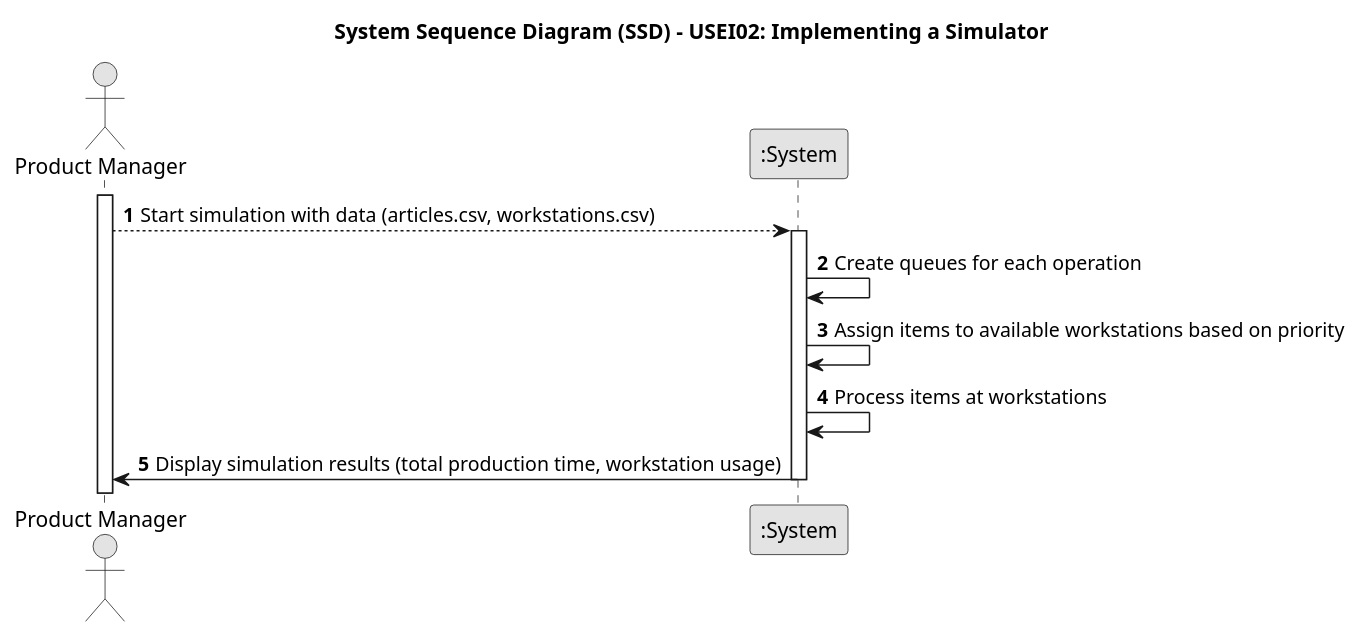
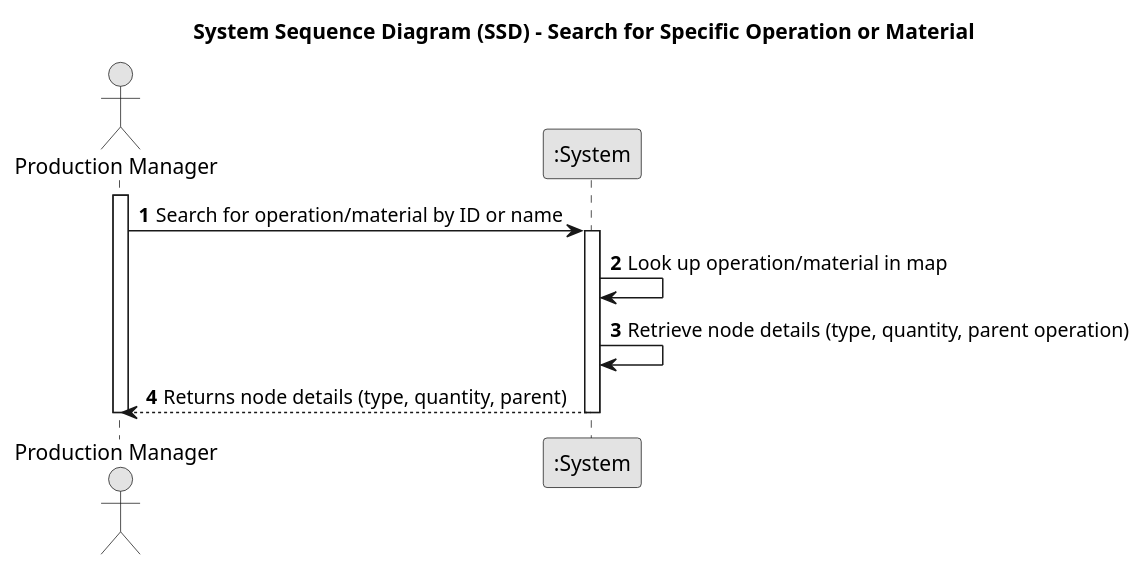
The diagram in Sprint2/documentation/USEI09/01.requirements-engineering/puml/USEI09-system-sequence-diagram.puml (AmirMasnavi/Industrial-Production-Simulator), drawn with PlantUML before and after one commit. The commit also changed 2 other files, not shown here.

Commit message:
domain model and SSD USEI09

```diff
--- a/Sprint2/documentation/USEI09/01.requirements-engineering/puml/USEI09-system-sequence-diagram.puml
+++ b/Sprint2/documentation/USEI09/01.requirements-engineering/puml/USEI09-system-sequence-diagram.puml
@@ -1,26 +1,26 @@
 @startuml
 skinparam monochrome true
 skinparam packageStyle rectangle
 skinparam shadowing false
 
-title System Sequence Diagram (SSD) - USEI02: Implementing a Simulator
+title System Sequence Diagram (SSD) - Search for Specific Operation or Material
 
 autonumber
-actor "Product Manager" as Admin
-participant ":System" as Simulation
 
-activate Admin
+actor "Production Manager" as ProductionManager
+participant ":System" as System
 
-    Admin --> Simulation : Start simulation with data (articles.csv, workstations.csv)
-    activate Simulation
+activate ProductionManager
 
-        Simulation -> Simulation : Create queues for each operation
-        Simulation -> Simulation : Assign items to available workstations based on priority
+    ProductionManager -> System : Search for operation/material by ID or name
+    activate System
 
-        Simulation -> Simulation : Process items at workstations
+        System -> System : Look up operation/material in map
+        System -> System : Retrieve node details (type, quantity, parent operation)
 
-        Simulation -> Admin : Display simulation results (total production time, workstation usage)
+        System --> ProductionManager : Returns node details (type, quantity, parent)
 
-    deactivate Simulation
+    deactivate System
+deactivate ProductionManager
 
 @enduml
```
